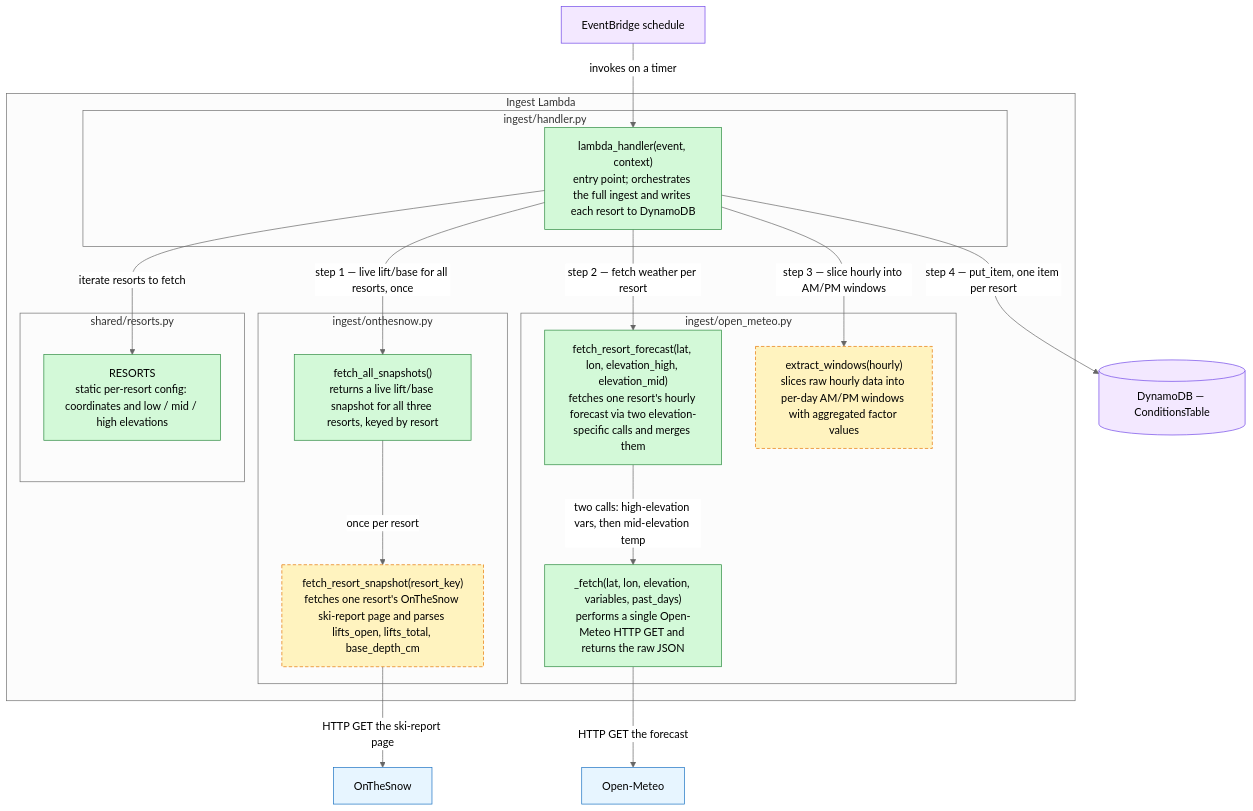
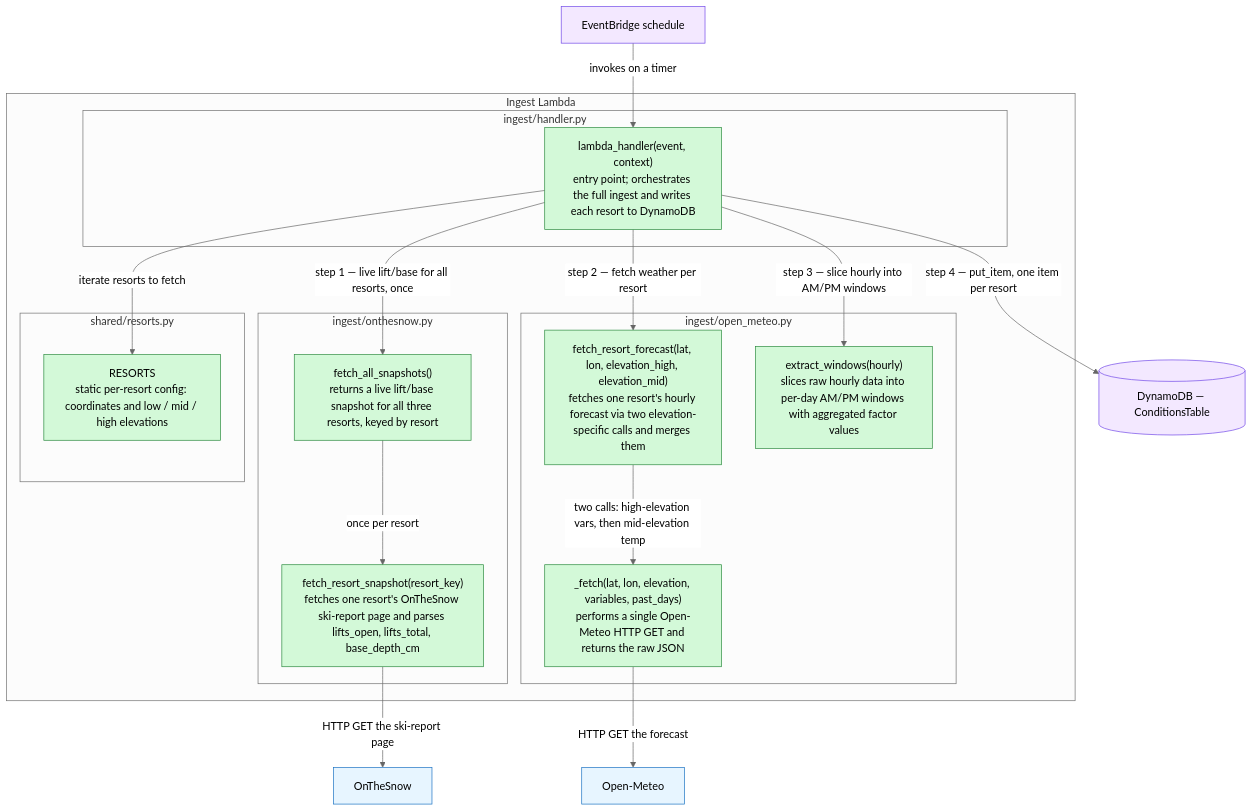
One commit to cmason746/nsw-ski-planner changed the second of 3 diagrams in BACKEND_DESIGN.md. Above: the diagram before and after it, drawn with Mermaid (neutral theme). The commit also changed other lines of this file and 3 other files, not shown here.

First line of the commit message:
docs: update architecture, scoring & backend design

````diff
--- a/BACKEND_DESIGN.md
+++ b/BACKEND_DESIGN.md
@@ -71,45 +71,45 @@
 ```mermaid
 flowchart TD
     EB["EventBridge schedule"]:::store
 
     subgraph INGEST["Ingest Lambda"]
         subgraph ing_handler["ingest/handler.py"]
             main["lambda_handler(event, context)<br/>entry point; orchestrates the full ingest and writes each resort to DynamoDB"]:::built
         end
 
         subgraph ing_ots["ingest/onthesnow.py"]
             ots_all["fetch_all_snapshots()<br/>returns a live lift/base snapshot for all three resorts, keyed by resort"]:::built
-            ots_one["fetch_resort_snapshot(resort_key)<br/>fetches one resort's OnTheSnow ski-report page and parses lifts_open, lifts_total, base_depth_cm"]:::todo
+            ots_one["fetch_resort_snapshot(resort_key)<br/>fetches one resort's OnTheSnow ski-report page and parses lifts_open, lifts_total, base_depth_cm"]:::built
         end
 
         subgraph ing_meteo["ingest/open_meteo.py"]
             meteo_fetch["fetch_resort_forecast(lat, lon, elevation_high, elevation_mid)<br/>fetches one resort's hourly forecast via two elevation-specific calls and merges them"]:::built
             meteo_low["_fetch(lat, lon, elevation, variables, past_days)<br/>performs a single Open-Meteo HTTP GET and returns the raw JSON"]:::built
-            meteo_windows["extract_windows(hourly)<br/>slices raw hourly data into per-day AM/PM windows with aggregated factor values"]:::todo
+            meteo_windows["extract_windows(hourly)<br/>slices raw hourly data into per-day AM/PM windows with aggregated factor values"]:::built
         end
 
         subgraph ing_shared["shared/resorts.py"]
             resorts_data["RESORTS<br/>static per-resort config: coordinates and low / mid / high elevations"]:::built
         end
     end
 
     OM["Open-Meteo"]:::ext
     OTS["OnTheSnow"]:::ext
     DDB[("DynamoDB — ConditionsTable")]:::store
 
     EB -->|"invokes on a timer"| main
     main -->|"step 1 — live lift/base for all resorts, once"| ots_all
     ots_all -->|"once per resort"| ots_one
     ots_one -->|"HTTP GET the ski-report page"| OTS
     main -->|"iterate resorts to fetch"| resorts_data
     main -->|"step 2 — fetch weather per resort"| meteo_fetch
     meteo_fetch -->|"two calls: high-elevation vars, then mid-elevation temp"| meteo_low
     meteo_low -->|"HTTP GET the forecast"| OM
     main -->|"step 3 — slice hourly into AM/PM windows"| meteo_windows
     main -->|"step 4 — put_item, one item per resort"| DDB
 
     classDef built fill:#d3f9d8,stroke:#2b8a3e,color:#000;
     classDef todo fill:#fff3bf,stroke:#e67700,color:#000,stroke-dasharray: 5 3;
     classDef ext fill:#e7f5ff,stroke:#1971c2,color:#000;
     classDef store fill:#f3e8ff,stroke:#7048e8,color:#000;
 ```
````
